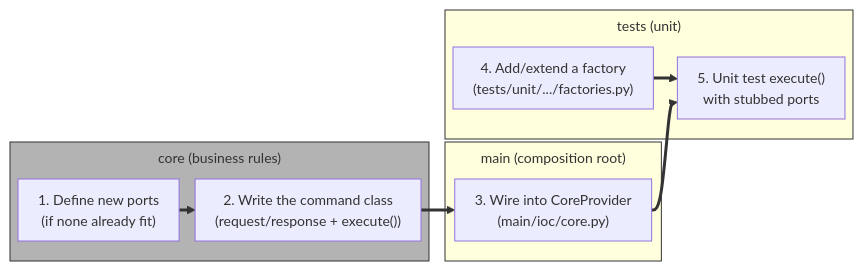
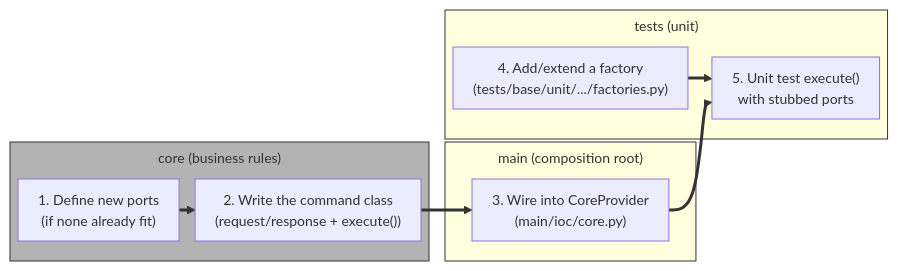
Before and after one commit to Kgotso-Koete/fastapi-clean-example: the diagram in docs/wiki/content/use-case-examples/adding-a-use-case.md, drawn with Mermaid. The commit also changed other lines of this file and 1006 other files, not shown here.

````diff
--- a/docs/wiki/content/use-case-examples/adding-a-use-case.md
+++ b/docs/wiki/content/use-case-examples/adding-a-use-case.md
@@ -21,26 +21,26 @@
     ```mermaid
     %%{init: {"theme": "default", "themeVariables": {"fontSize": "14px"}, "flowchart": {"nodeSpacing": 20, "rankSpacing": 16, "padding": 10, "subGraphTitleMargin": {"top": 5, "bottom": 12}, "useMaxWidth": false}}}%%
     flowchart LR
         subgraph core["core (business rules)"]
             ports["1. Define new ports\n(if none already fit)"]
             cmd["2. Write the command class\n(request/response + execute())"]
             ports --> cmd
         end
 
         subgraph main["main (composition root)"]
             ioc["3. Wire into CoreProvider\n(main/ioc/core.py)"]
         end
 
         subgraph tests["tests (unit)"]
-            factory["4. Add/extend a factory\n(tests/unit/.../factories.py)"]
+            factory["4. Add/extend a factory\n(tests/base/unit/.../factories.py)"]
             unit["5. Unit test execute()\nwith stubbed ports"]
             factory --> unit
         end
 
         cmd --> ioc --> unit
 
         linkStyle default stroke-width:3px,stroke:#333333
         style core fill:#b3b3b3,stroke-width:1px,stroke:#333333
         style main stroke-width:1px,stroke:#333333
         style tests stroke-width:1px,stroke:#333333
     ```
````
